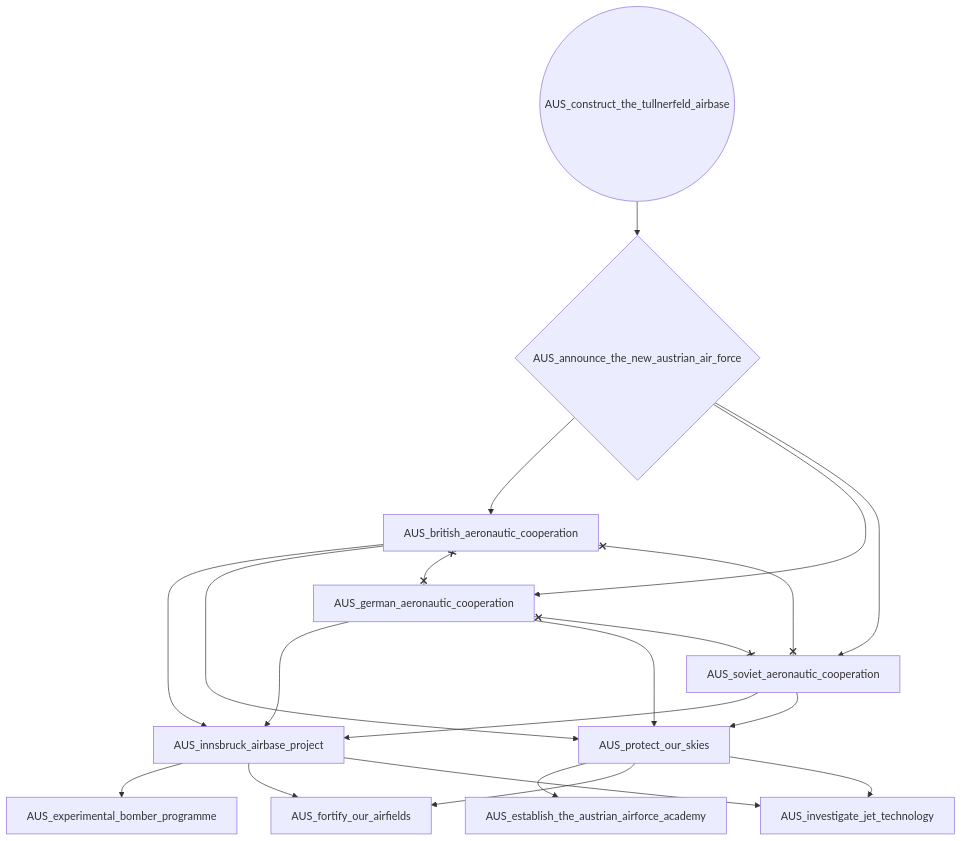
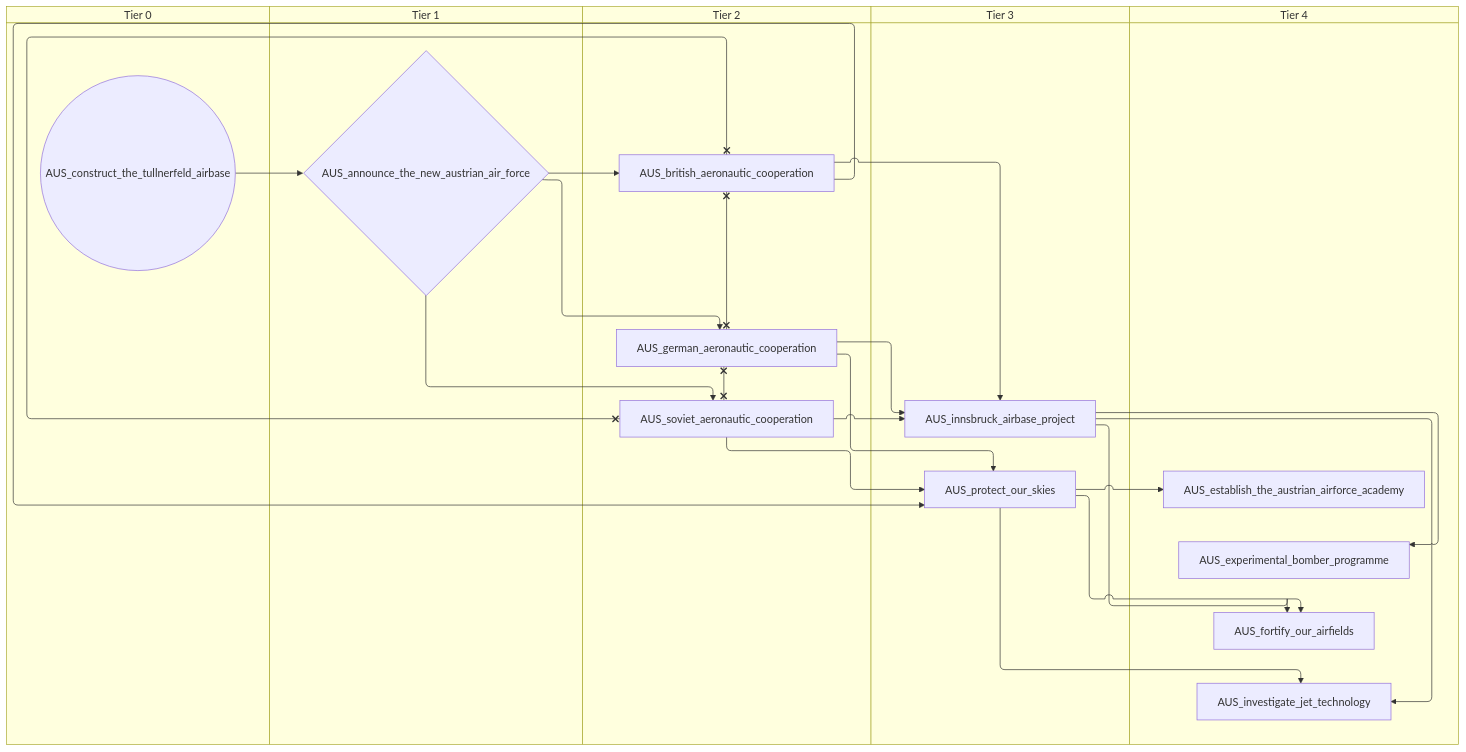
One commit to evgeny-sobol/hoi4-sandbox-mode-r56 changed the second of 5 diagrams in docs/gdd/National Focuses/r56/r56_austria.md. Above: the diagram before and after it, drawn with Mermaid. The commit also changed other lines of this file and 423 other files, not shown here.

First line of the commit message:
Re-export Rt56 focus trees as swimlane diagrams

````diff
--- a/docs/gdd/National Focuses/r56/r56_austria.md
+++ b/docs/gdd/National Focuses/r56/r56_austria.md
@@ -612,33 +648,43 @@
 ```mermaid
-flowchart TD
-    n228{"AUS_announce_the_new_austrian_air_force"}
-    n229["AUS_british_aeronautic_cooperation"]
-    n230(("AUS_construct_the_tullnerfeld_airbase"))
-    n231["AUS_establish_the_austrian_airforce_academy"]
-    n232["AUS_experimental_bomber_programme"]
-    n233["AUS_fortify_our_airfields"]
-    n234["AUS_german_aeronautic_cooperation"]
-    n235["AUS_innsbruck_airbase_project"]
-    n236["AUS_investigate_jet_technology"]
-    n237["AUS_protect_our_skies"]
-    n238["AUS_soviet_aeronautic_cooperation"]
-    n230 --> n228
+swimlane-beta TD
+    subgraph tier_0["Tier 0"]
+        n228(("AUS_construct_the_tullnerfeld_airbase"))
+    end
+    subgraph tier_1["Tier 1"]
+        n229{"AUS_announce_the_new_austrian_air_force"}
+    end
+    subgraph tier_2["Tier 2"]
+        n230["AUS_british_aeronautic_cooperation"]
+        n231["AUS_german_aeronautic_cooperation"]
+        n232["AUS_soviet_aeronautic_cooperation"]
+    end
+    subgraph tier_3["Tier 3"]
+        n233["AUS_innsbruck_airbase_project"]
+        n234["AUS_protect_our_skies"]
+    end
+    subgraph tier_4["Tier 4"]
+        n235["AUS_establish_the_austrian_airforce_academy"]
+        n236["AUS_experimental_bomber_programme"]
+        n237["AUS_fortify_our_airfields"]
+        n238["AUS_investigate_jet_technology"]
+    end
     n228 --> n229
-    n237 --> n231
-    n235 --> n232
-    n235 --> n233
-    n237 --> n233
-    n228 --> n234
+    n229 --> n230
     n234 --> n235
-    n229 --> n235
-    n238 --> n235
-    n235 --> n236
-    n237 --> n236
+    n233 --> n236
+    n233 --> n237
     n234 --> n237
-    n229 --> n237
-    n238 --> n237
-    n228 --> n238
-    n229 x--x n234
-    n229 x--x n238
-    n234 x--x n238
+    n229 --> n231
+    n231 --> n233
+    n230 --> n233
+    n232 --> n233
+    n233 --> n238
+    n234 --> n238
+    n231 --> n234
+    n230 --> n234
+    n232 --> n234
+    n229 --> n232
+    n230 x--x n231
+    n230 x--x n232
+    n231 x--x n232
 ```
````
